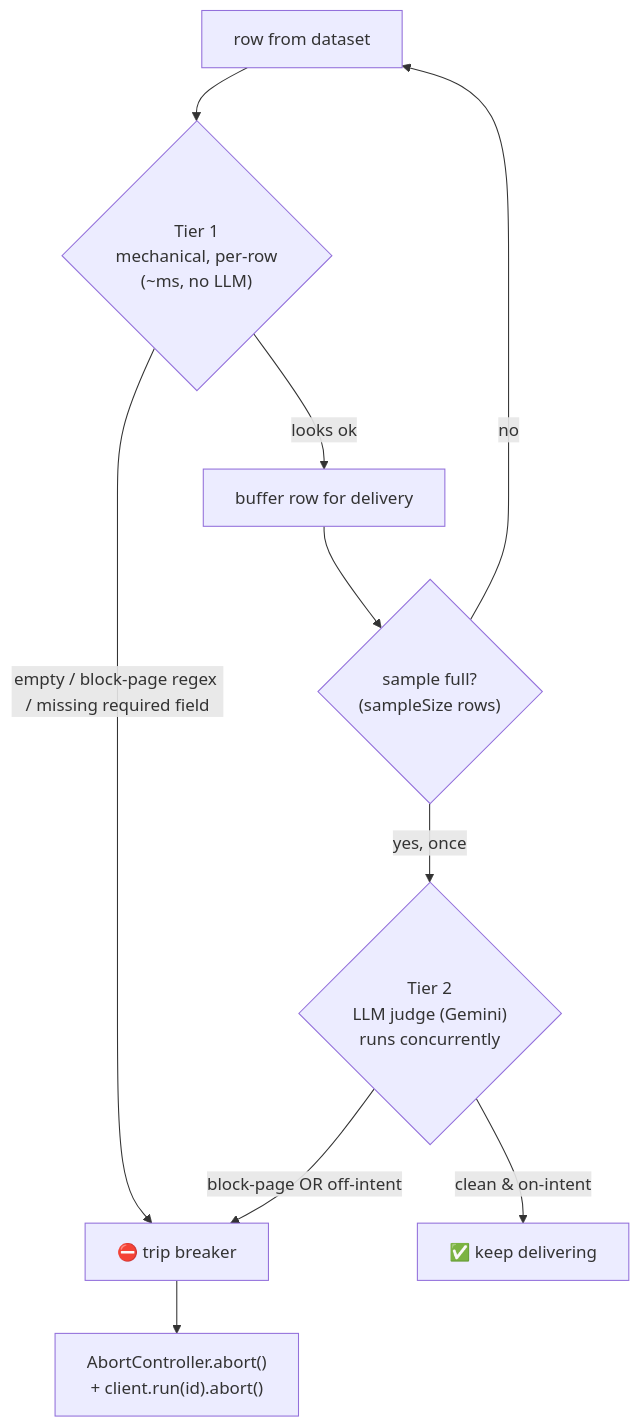
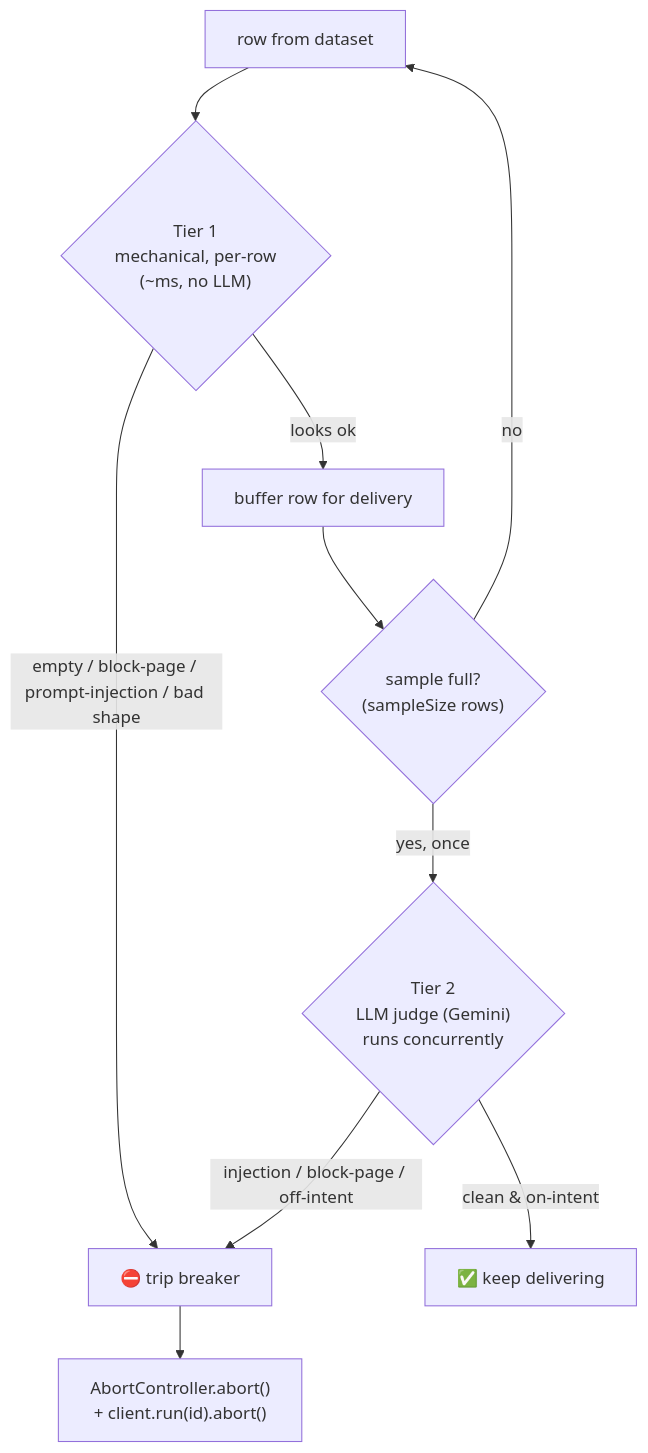
The second of 4 diagrams in ARCHITECTURE.md (maxmedina05/context-wall-actor), drawn with Mermaid before and after one commit. The commit also changed other lines of this file and 3 other files, not shown here.

````diff
--- a/ARCHITECTURE.md
+++ b/ARCHITECTURE.md
@@ -35,12 +35,12 @@
 ```mermaid
 flowchart TD
   ROW["row from dataset"] --> T1{"Tier 1<br/>mechanical, per-row<br/>(~ms, no LLM)"}
-  T1 -->|"empty / block-page regex / missing required field"| X["⛔ trip breaker"]
+  T1 -->|"empty / block-page / prompt-injection / bad shape"| X["⛔ trip breaker"]
   T1 -->|"looks ok"| DELIVER["buffer row for delivery"]
   DELIVER --> SAMPLE{"sample full?<br/>(sampleSize rows)"}
   SAMPLE -->|"no"| ROW
   SAMPLE -->|"yes, once"| T2{"Tier 2<br/>LLM judge (Gemini)<br/>runs concurrently"}
-  T2 -->|"block-page OR off-intent"| X
+  T2 -->|"injection / block-page / off-intent"| X
   T2 -->|"clean & on-intent"| OK["✅ keep delivering"]
   X --> ABORT["AbortController.abort()<br/>+ client.run(id).abort()"]
 ```
````
